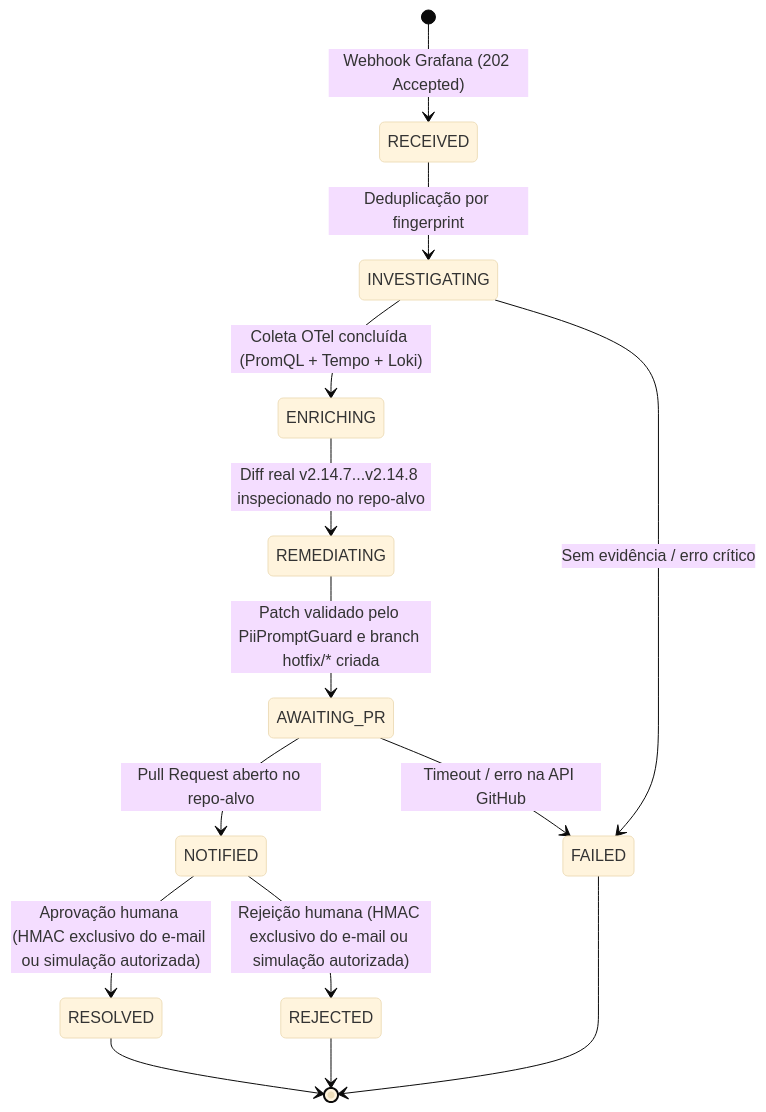
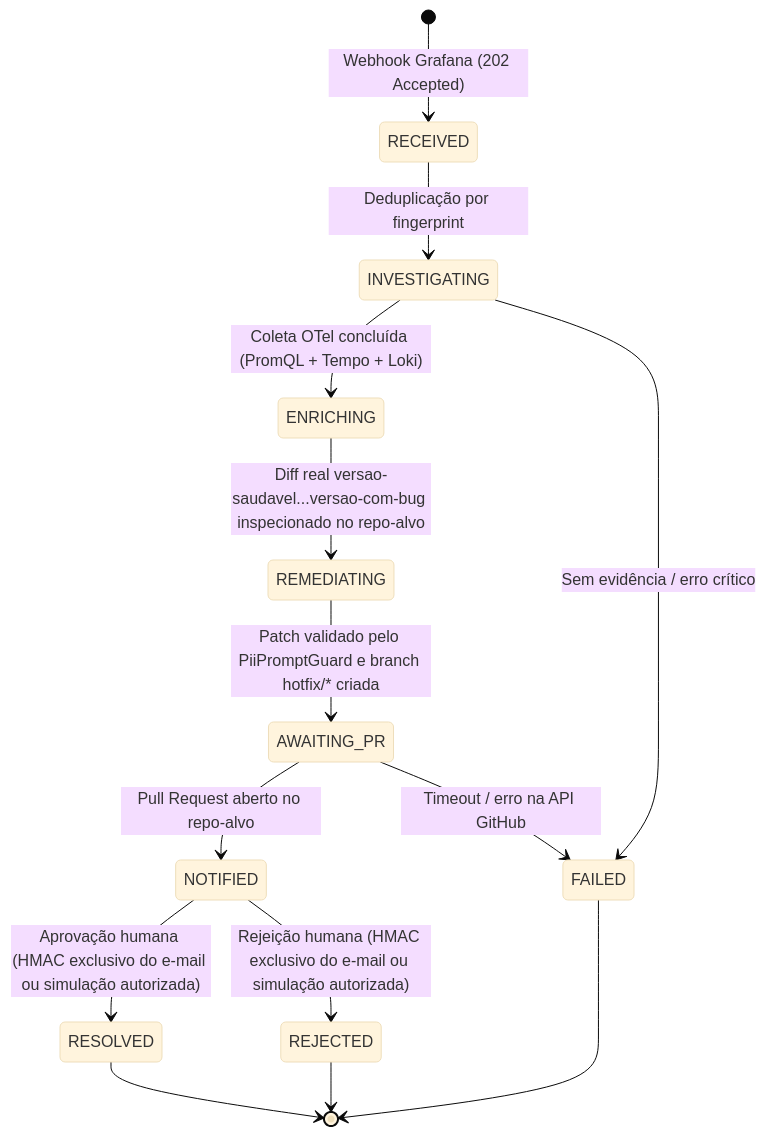
The fourth of 5 diagrams in docs/pt-BR/00_architecture_master.md (AdmilsonGoncalves/zeromttr), drawn with Mermaid (base theme) before and after one commit. The commit also changed other lines of this file and 75 other files, not shown here.

````diff
--- a/docs/pt-BR/00_architecture_master.md
+++ b/docs/pt-BR/00_architecture_master.md
@@ -208,17 +209,17 @@
 ```mermaid
 stateDiagram-v2
     direction TB
     [*] --> RECEIVED: Webhook Grafana (202 Accepted)
     RECEIVED --> INVESTIGATING: Deduplicação por fingerprint
     INVESTIGATING --> ENRICHING: Coleta OTel concluída (PromQL + Tempo + Loki)
     INVESTIGATING --> FAILED: Sem evidência / erro crítico
-    ENRICHING --> REMEDIATING: Diff real v2.14.7...v2.14.8 inspecionado no repo-alvo
+    ENRICHING --> REMEDIATING: Diff real versao-saudavel...versao-com-bug inspecionado no repo-alvo
     REMEDIATING --> AWAITING_PR: Patch validado pelo PiiPromptGuard e branch hotfix/* criada
     AWAITING_PR --> NOTIFIED: Pull Request aberto no repo-alvo
     AWAITING_PR --> FAILED: Timeout / erro na API GitHub
     NOTIFIED --> RESOLVED: Aprovação humana (HMAC exclusivo do e-mail ou simulação autorizada)
     NOTIFIED --> REJECTED: Rejeição humana (HMAC exclusivo do e-mail ou simulação autorizada)
     RESOLVED --> [*]
     REJECTED --> [*]
     FAILED --> [*]
 ```
````
